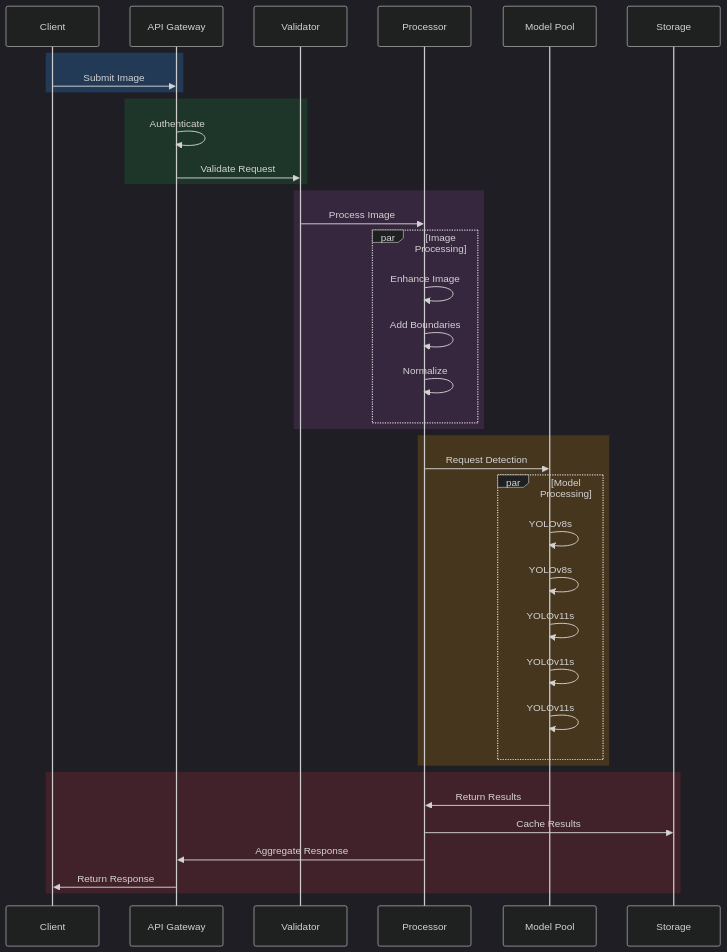
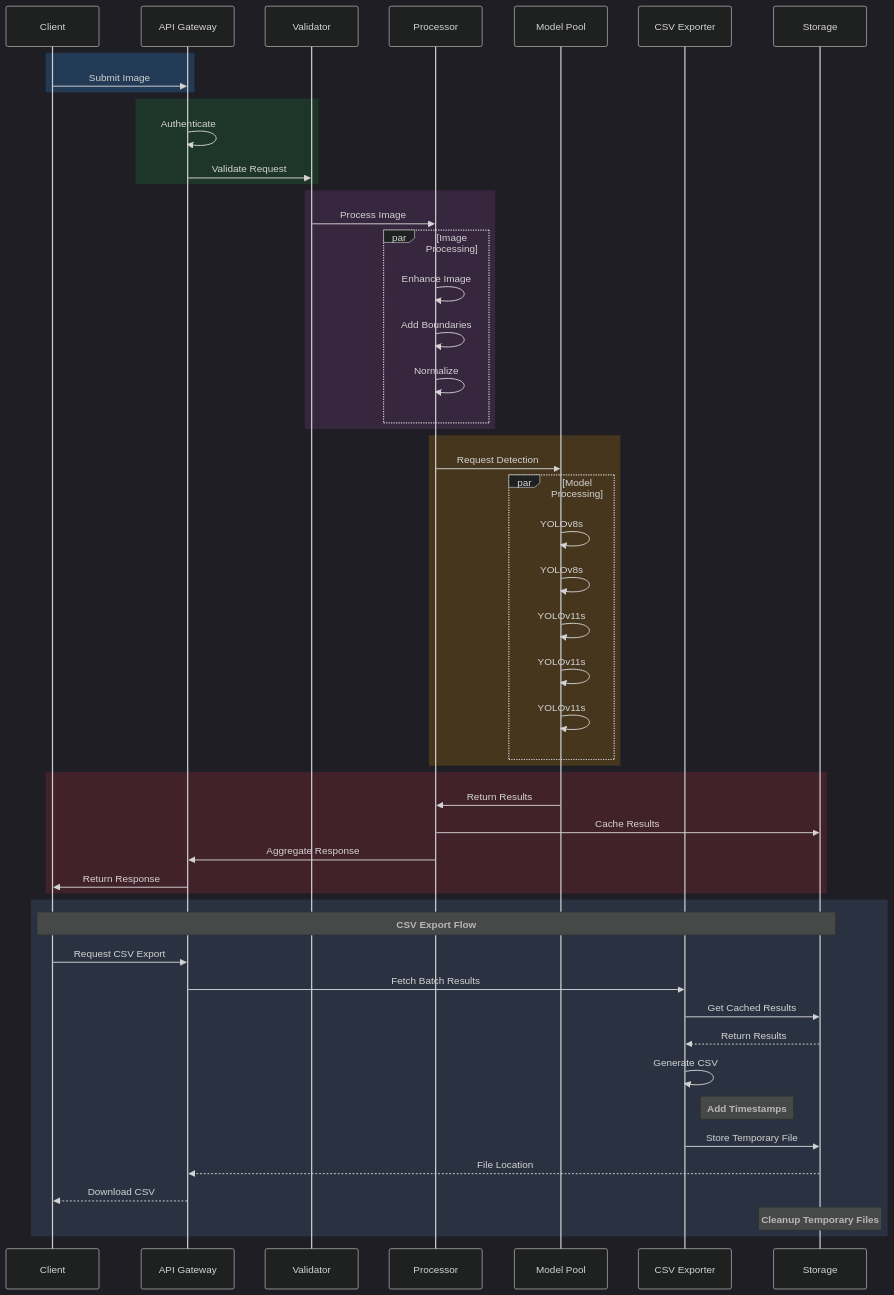
The second of 5 diagrams in README.md (Dhruv0306/SymphonyProject1), drawn with Mermaid before and after one commit. The commit also changed other lines of this file and 21 other files, not shown here.

First line of the commit message:
docs: integrate system diagrams and CSV export documentation

````diff
--- a/README.md
+++ b/README.md
@@ -95,48 +99,63 @@
 ```mermaid
 %%{init:{'theme': 'dark','themeVariables': {'fontFamily': 'arial','fontSize': '22px','messageFontWeight': 'bold','noteFontWeight': 'bold'}}}%%
 sequenceDiagram
     participant C as Client
     participant A as API Gateway
     participant V as Validator
     participant P as Processor
     participant M as Model Pool
+    participant E as CSV Exporter
     participant S as Storage
 
     rect rgba(40, 100, 160, 0.4)
         C->>A: Submit Image
     end
     
     rect rgba(30, 90, 50, 0.4)
         A->>A: Authenticate
         A->>V: Validate Request
     end
     
     rect rgba(90, 50, 100, 0.4)
         V->>P: Process Image
         
         par Image Processing
             P->>P: Enhance Image
             P->>P: Add Boundaries
             P->>P: Normalize
         end
     end
     
     rect rgba(130, 90, 20, 0.4) 
         P->>M: Request Detection
         
         par Model Processing
             M->>M: YOLOv8s #1
             M->>M: YOLOv8s #2
             M->>M: YOLOv11s #1
             M->>M: YOLOv11s #2
             M->>M: YOLOv11s #3
         end
     end
     
     rect rgba(120, 40, 50, 0.4)
         M->>P: Return Results
         P->>S: Cache Results
         P->>A: Aggregate Response
         A->>C: Return Response
     end
+
+    rect rgba(60, 80, 110, 0.4)
+        Note over C,S: CSV Export Flow
+        C->>A: Request CSV Export
+        A->>E: Fetch Batch Results
+        E->>S: Get Cached Results
+        S-->>E: Return Results
+        E->>E: Generate CSV
+        Note right of E: Add Timestamps
+        E->>S: Store Temporary File
+        S-->>A: File Location
+        A-->>C: Download CSV
+        Note over S: Cleanup Temporary Files
+    end
 ```
````
